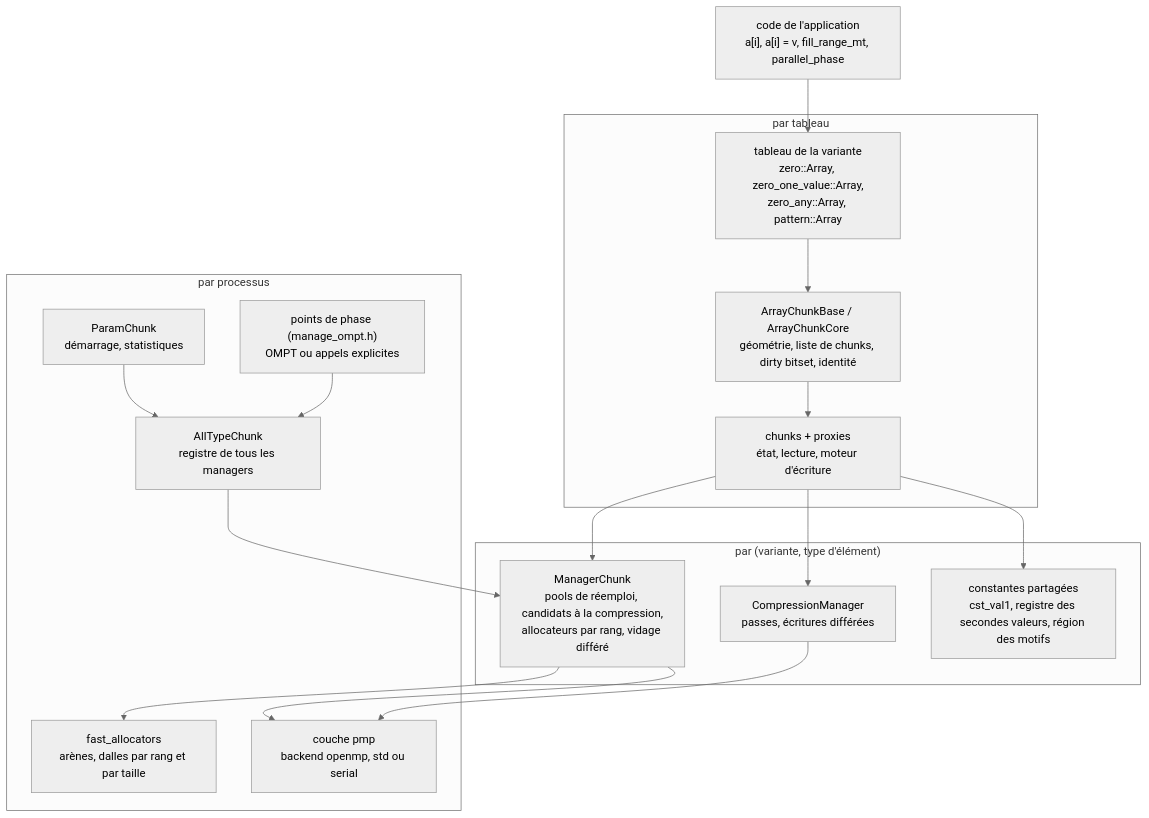
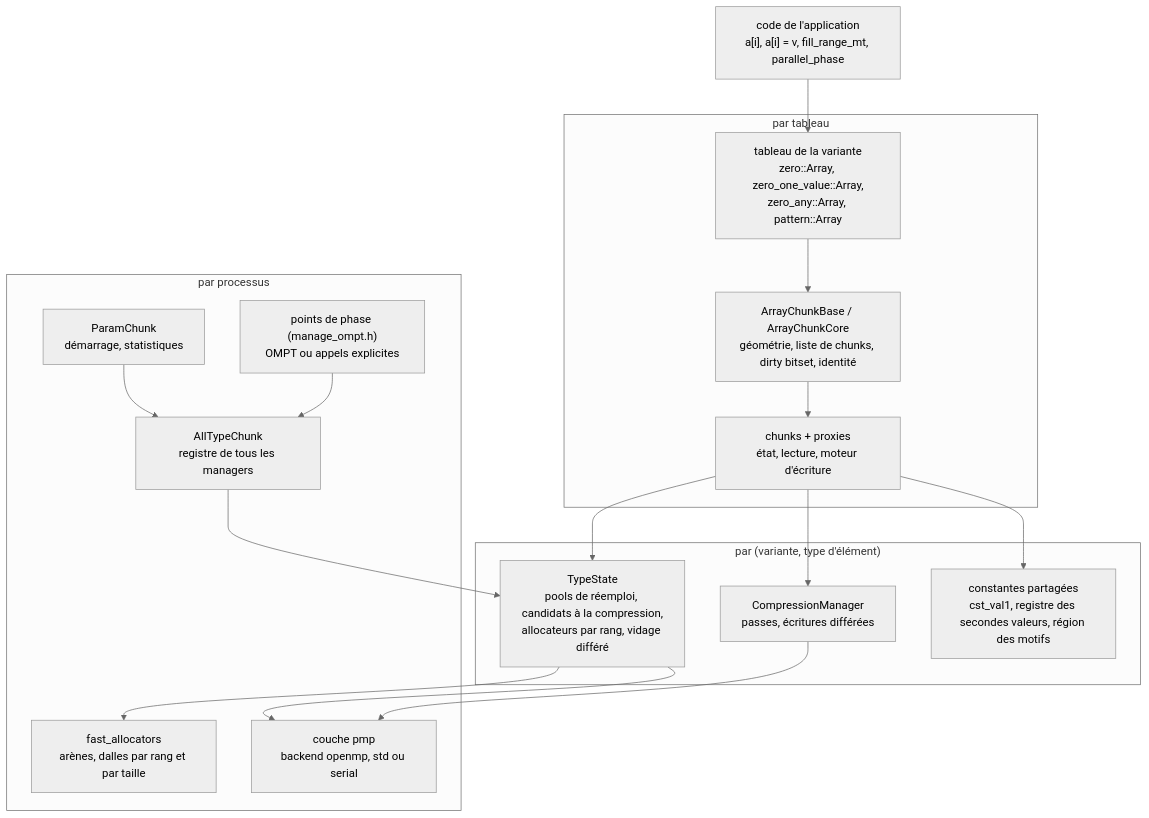
The second of 3 diagrams in docs/conception_fr.md (cea-hpc/shrink-array), drawn with Mermaid (neutral theme) before and after one commit. The commit also changed other lines of this file and 200 other files, not shown here.

Commit message:
Remove the deprecated C++ aliases and the old-name headers Remove the other compatibility paths kept until 1.0 Rename ManagerChunk to TypeState Narrow and freeze the public interface

````diff
--- a/docs/conception_fr.md
+++ b/docs/conception_fr.md
@@ -74,31 +74,31 @@
 ```mermaid
 flowchart TB
     app["code de l'application<br/>a[i], a[i] = v, fill_range_mt, parallel_phase"]
     subgraph per_array["par tableau"]
         arr["tableau de la variante<br/>zero::Array, zero_one_value::Array,<br/>zero_any::Array, pattern::Array"]
         base["ArrayChunkBase / ArrayChunkCore<br/>géométrie, liste de chunks, dirty bitset, identité"]
         chk["chunks + proxies<br/>état, lecture, moteur d'écriture"]
     end
     subgraph per_type["par (variante, type d'élément)"]
-        mgr["ManagerChunk<br/>pools de réemploi, candidats à la compression,<br/>allocateurs par rang, vidage différé"]
+        mgr["TypeState<br/>pools de réemploi, candidats à la compression,<br/>allocateurs par rang, vidage différé"]
         cmp["CompressionManager<br/>passes, écritures différées"]
         reg["constantes partagées<br/>cst_val1, registre des secondes valeurs, région des motifs"]
     end
     subgraph per_process["par processus"]
         all["AllTypeChunk<br/>registre de tous les managers"]
         par["ParamChunk<br/>démarrage, statistiques"]
         phase["points de phase (manage_ompt.h)<br/>OMPT ou appels explicites"]
         pmp["couche pmp<br/>backend openmp, std ou serial"]
         fa["fast_allocators<br/>arènes, dalles par rang et par taille"]
     end
     app --> arr --> base --> chk
     chk --> mgr
     chk --> cmp
     chk --> reg
     mgr --> fa
     all --> mgr
     par --> all
     phase --> all
     cmp --> pmp
     mgr --> pmp
 ```
````
